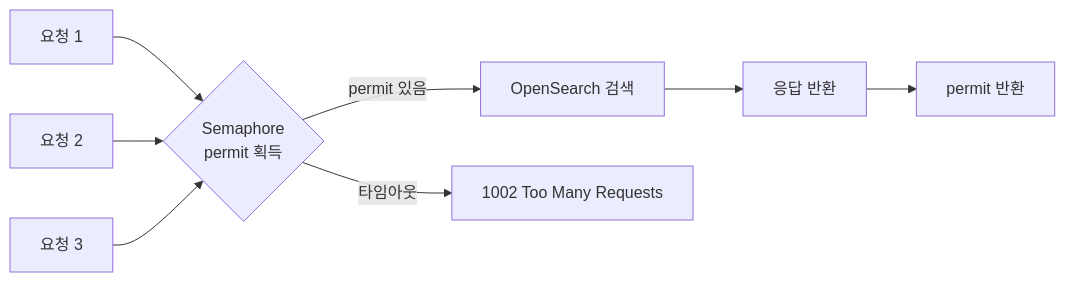
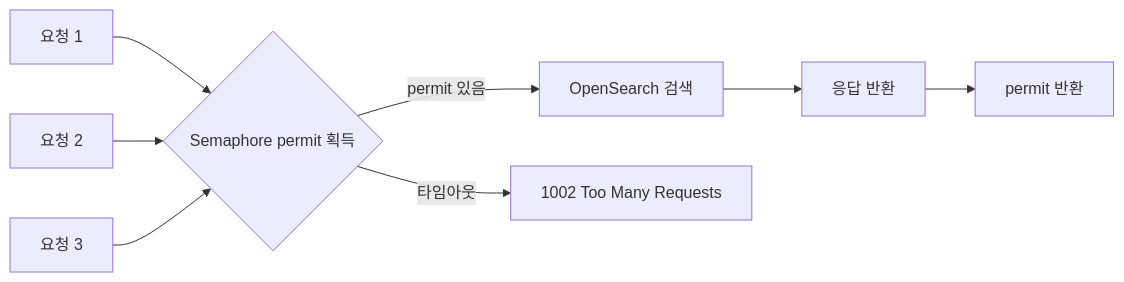
The first of 2 diagrams in docs/search-engine/Rust 검색 엔진/Rate-Limiting이-적용된-검색-API-설계.md (SonAIengine/sonblog), drawn with Mermaid before and after one commit. The commit also changed 10 other files, not shown here.

Commit message:
mermaid 다이어그램 전체 수정: mermaid 11.x 호환성 문제 해결

````diff
--- a/docs/search-engine/Rust 검색 엔진/Rate-Limiting이-적용된-검색-API-설계.md
+++ b/docs/search-engine/Rust 검색 엔진/Rate-Limiting이-적용된-검색-API-설계.md
@@ -87,10 +87,10 @@
 ```mermaid
-graph LR
-    A[요청 1] --> B{Semaphore\npermit 획득}
+flowchart LR
+    A[요청 1] --> B{"Semaphore permit 획득"}
     C[요청 2] --> B
     D[요청 3] --> B
-    B -->|permit 있음| E[OpenSearch 검색]
+    B -->|"permit 있음"| E[OpenSearch 검색]
     B -->|타임아웃| F[1002 Too Many Requests]
     E --> G[응답 반환]
     G --> H[permit 반환]
 ```
````
